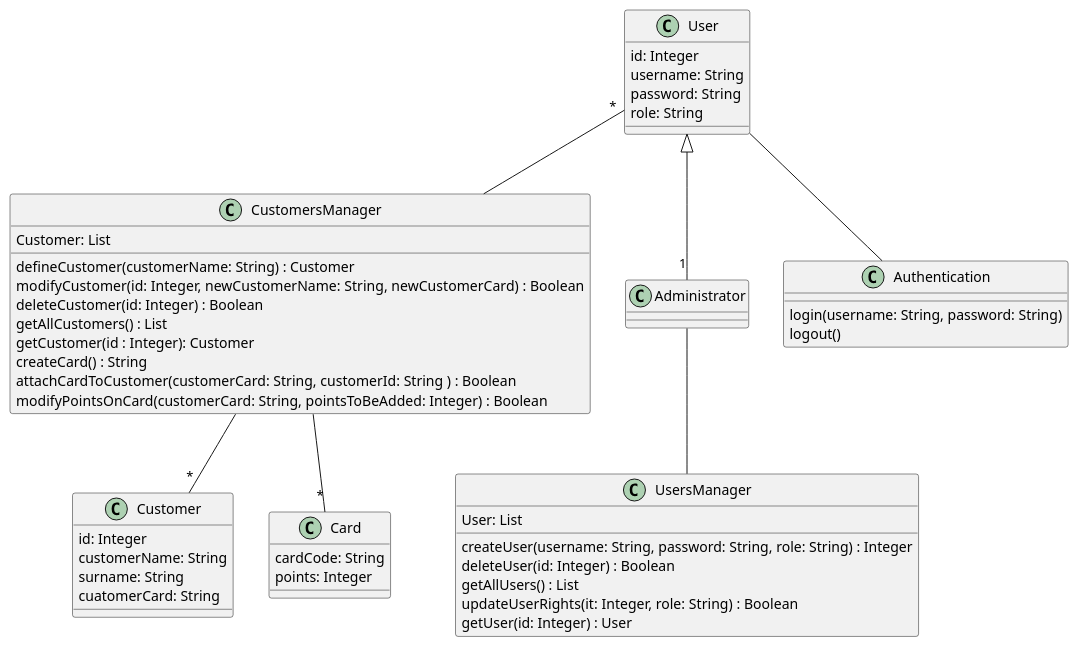
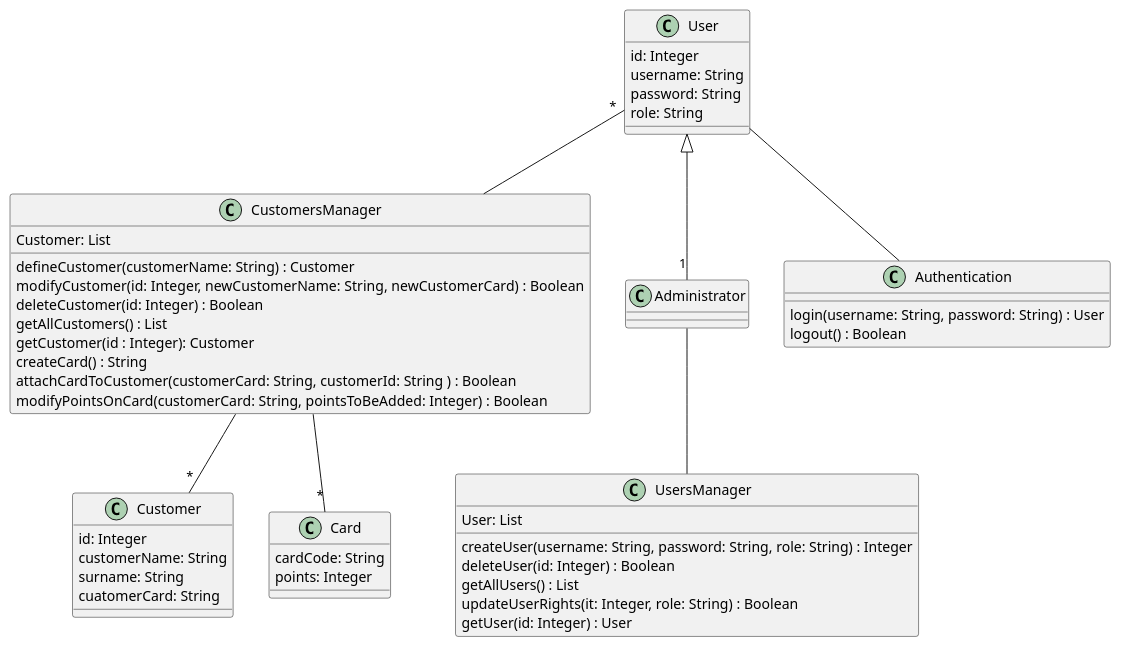
One commit to nicolabattaglino/ezshop changed the second of 3 diagrams in Deliverables/DesignDocument.md. Above: the diagram before and after it, drawn with PlantUML.

````diff
--- a/Deliverables/DesignDocument.md
+++ b/Deliverables/DesignDocument.md
@@ -144,69 +144,69 @@
 ```plantuml
 @startuml
 
 class UsersManager{
     User: List
     createUser(username: String, password: String, role: String) : Integer
     deleteUser(id: Integer) : Boolean
     getAllUsers() : List
     updateUserRights(it: Integer, role: String) : Boolean
     getUser(id: Integer) : User
 
 }
 
 class CustomersManager {
     Customer: List
     defineCustomer(customerName: String) : Customer
     modifyCustomer(id: Integer, newCustomerName: String, newCustomerCard) : Boolean
     deleteCustomer(id: Integer) : Boolean
     getAllCustomers() : List
     getCustomer(id : Integer): Customer
     createCard() : String
     attachCardToCustomer(customerCard: String, customerId: String ) : Boolean
     modifyPointsOnCard(customerCard: String, pointsToBeAdded: Integer) : Boolean
 }
 
 
 class User {
     id: Integer
     username: String
     password: String
     role: String
 
 }
 
 class Administrator {
     
     
 }
 
 class Customer {
     id: Integer
     customerName: String
     surname: String
     cuatomerCard: String
    
     
     
 }
 
 class Card {
     cardCode: String
     points: Integer
  
 }
 
 class Authentication {
-    login(username: String, password: String)
-    logout()
+    login(username: String, password: String) : User
+    logout() : Boolean
 }
 
 Administrator -- UsersManager
 User <|-- "1" Administrator
 CustomersManager -- "*" Customer
 User "*" -- CustomersManager
 CustomersManager -- "*" Card
 User -- Authentication
 @enduml
 
 ```
````
